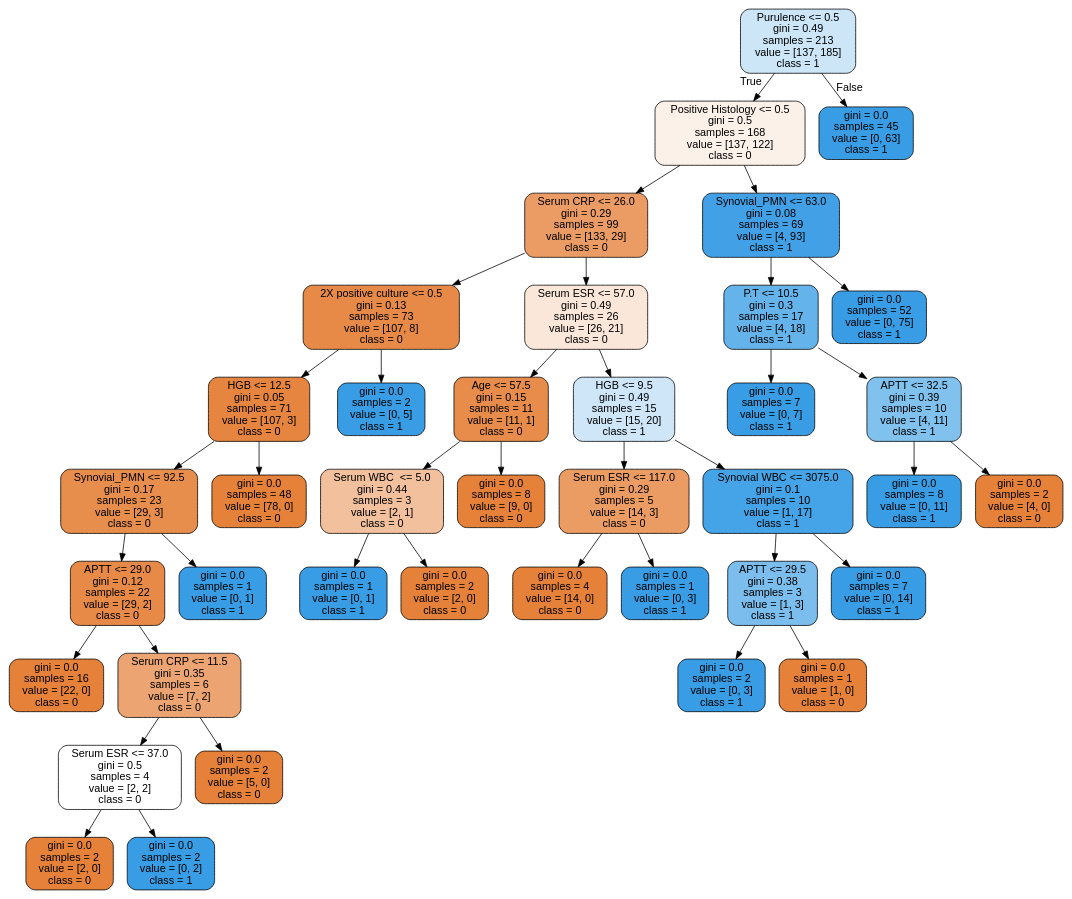
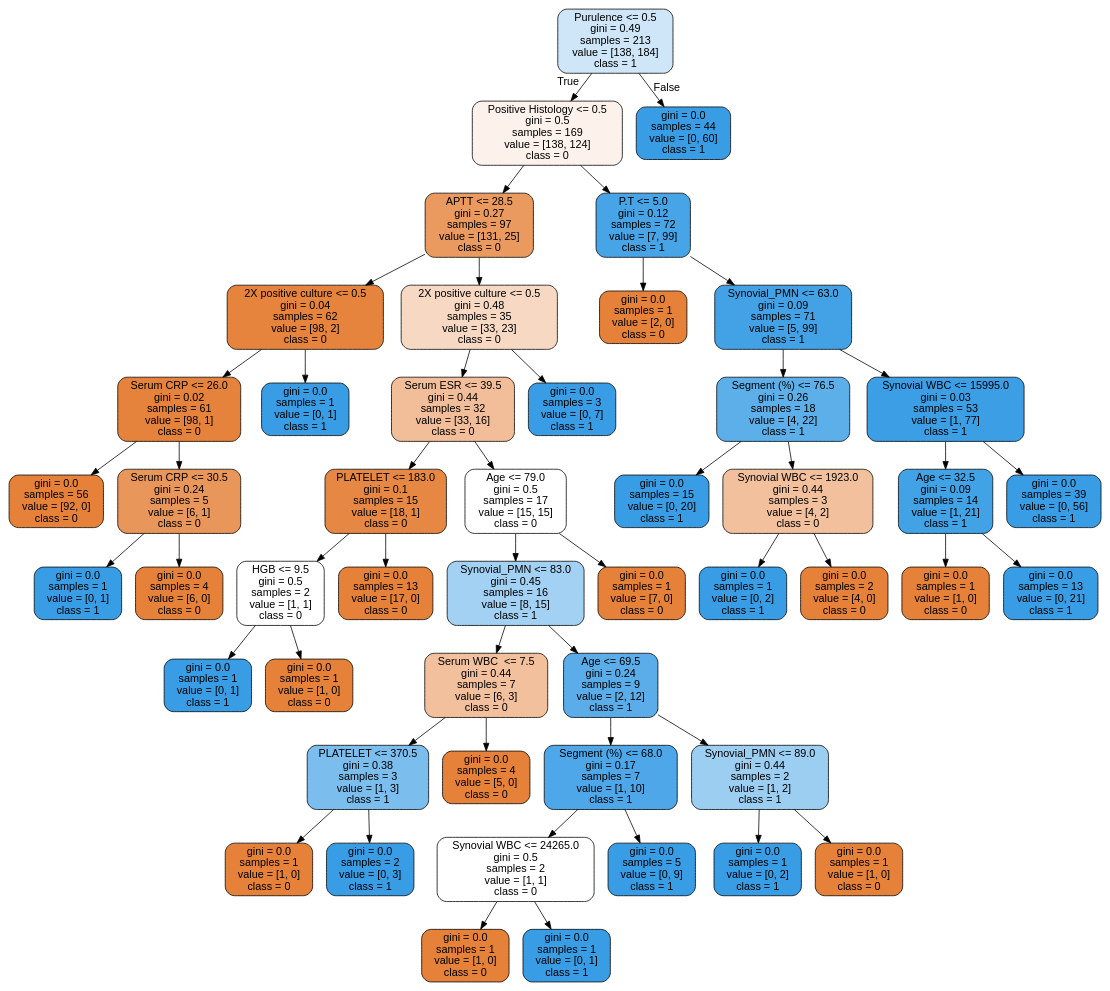
Before and after one commit to JohnHuCC/PJI_flask: the diagram in tree.dot, drawn with Graphviz. The commit also changed 2383 other files, not shown here.

```diff
--- a/tree.dot
+++ b/tree.dot
@@ -1,81 +1,101 @@
 digraph Tree {
 node [shape=box, style="filled, rounded", color="black", fontname="helvetica"] ;
 edge [fontname="helvetica"] ;
-0 [label="Purulence <= 0.5\ngini = 0.49\nsamples = 213\nvalue = [137, 185]\nclass = 1", fillcolor="#cce6f8"] ;
-1 [label="Positive Histology <= 0.5\ngini = 0.5\nsamples = 168\nvalue = [137, 122]\nclass = 0", fillcolor="#fcf1e9"] ;
+0 [label="Purulence <= 0.5\ngini = 0.49\nsamples = 213\nvalue = [138, 184]\nclass = 1", fillcolor="#cee6f8"] ;
+1 [label="Positive Histology <= 0.5\ngini = 0.5\nsamples = 169\nvalue = [138, 124]\nclass = 0", fillcolor="#fcf2eb"] ;
 0 -> 1 [labeldistance=2.5, labelangle=45, headlabel="True"] ;
-2 [label="Serum CRP <= 26.0\ngini = 0.29\nsamples = 99\nvalue = [133, 29]\nclass = 0", fillcolor="#eb9c64"] ;
+2 [label="APTT <= 28.5\ngini = 0.27\nsamples = 97\nvalue = [131, 25]\nclass = 0", fillcolor="#ea995f"] ;
 1 -> 2 ;
-3 [label="2X positive culture <= 0.5\ngini = 0.13\nsamples = 73\nvalue = [107, 8]\nclass = 0", fillcolor="#e78a48"] ;
+3 [label="2X positive culture <= 0.5\ngini = 0.04\nsamples = 62\nvalue = [98, 2]\nclass = 0", fillcolor="#e6843d"] ;
 2 -> 3 ;
-4 [label="HGB <= 12.5\ngini = 0.05\nsamples = 71\nvalue = [107, 3]\nclass = 0", fillcolor="#e6853f"] ;
+4 [label="Serum CRP <= 26.0\ngini = 0.02\nsamples = 61\nvalue = [98, 1]\nclass = 0", fillcolor="#e5823b"] ;
 3 -> 4 ;
-5 [label="Synovial_PMN <= 92.5\ngini = 0.17\nsamples = 23\nvalue = [29, 3]\nclass = 0", fillcolor="#e88e4d"] ;
+5 [label="gini = 0.0\nsamples = 56\nvalue = [92, 0]\nclass = 0", fillcolor="#e58139"] ;
 4 -> 5 ;
-6 [label="APTT <= 29.0\ngini = 0.12\nsamples = 22\nvalue = [29, 2]\nclass = 0", fillcolor="#e78a47"] ;
-5 -> 6 ;
-7 [label="gini = 0.0\nsamples = 16\nvalue = [22, 0]\nclass = 0", fillcolor="#e58139"] ;
+6 [label="Serum CRP <= 30.5\ngini = 0.24\nsamples = 5\nvalue = [6, 1]\nclass = 0", fillcolor="#e9965a"] ;
+4 -> 6 ;
+7 [label="gini = 0.0\nsamples = 1\nvalue = [0, 1]\nclass = 1", fillcolor="#399de5"] ;
 6 -> 7 ;
-8 [label="Serum CRP <= 11.5\ngini = 0.35\nsamples = 6\nvalue = [7, 2]\nclass = 0", fillcolor="#eca572"] ;
+8 [label="gini = 0.0\nsamples = 4\nvalue = [6, 0]\nclass = 0", fillcolor="#e58139"] ;
 6 -> 8 ;
-9 [label="Serum ESR <= 37.0\ngini = 0.5\nsamples = 4\nvalue = [2, 2]\nclass = 0", fillcolor="#ffffff"] ;
-8 -> 9 ;
-10 [label="gini = 0.0\nsamples = 2\nvalue = [2, 0]\nclass = 0", fillcolor="#e58139"] ;
-9 -> 10 ;
-11 [label="gini = 0.0\nsamples = 2\nvalue = [0, 2]\nclass = 1", fillcolor="#399de5"] ;
-9 -> 11 ;
-12 [label="gini = 0.0\nsamples = 2\nvalue = [5, 0]\nclass = 0", fillcolor="#e58139"] ;
-8 -> 12 ;
-13 [label="gini = 0.0\nsamples = 1\nvalue = [0, 1]\nclass = 1", fillcolor="#399de5"] ;
-5 -> 13 ;
-14 [label="gini = 0.0\nsamples = 48\nvalue = [78, 0]\nclass = 0", fillcolor="#e58139"] ;
-4 -> 14 ;
-15 [label="gini = 0.0\nsamples = 2\nvalue = [0, 5]\nclass = 1", fillcolor="#399de5"] ;
-3 -> 15 ;
-16 [label="Serum ESR <= 57.0\ngini = 0.49\nsamples = 26\nvalue = [26, 21]\nclass = 0", fillcolor="#fae7d9"] ;
-2 -> 16 ;
-17 [label="Age <= 57.5\ngini = 0.15\nsamples = 11\nvalue = [11, 1]\nclass = 0", fillcolor="#e78c4b"] ;
-16 -> 17 ;
-18 [label="Serum WBC  <= 5.0\ngini = 0.44\nsamples = 3\nvalue = [2, 1]\nclass = 0", fillcolor="#f2c09c"] ;
+9 [label="gini = 0.0\nsamples = 1\nvalue = [0, 1]\nclass = 1", fillcolor="#399de5"] ;
+3 -> 9 ;
+10 [label="2X positive culture <= 0.5\ngini = 0.48\nsamples = 35\nvalue = [33, 23]\nclass = 0", fillcolor="#f7d9c3"] ;
+2 -> 10 ;
+11 [label="Serum ESR <= 39.5\ngini = 0.44\nsamples = 32\nvalue = [33, 16]\nclass = 0", fillcolor="#f2be99"] ;
+10 -> 11 ;
+12 [label="PLATELET <= 183.0\ngini = 0.1\nsamples = 15\nvalue = [18, 1]\nclass = 0", fillcolor="#e68844"] ;
+11 -> 12 ;
+13 [label="HGB <= 9.5\ngini = 0.5\nsamples = 2\nvalue = [1, 1]\nclass = 0", fillcolor="#ffffff"] ;
+12 -> 13 ;
+14 [label="gini = 0.0\nsamples = 1\nvalue = [0, 1]\nclass = 1", fillcolor="#399de5"] ;
+13 -> 14 ;
+15 [label="gini = 0.0\nsamples = 1\nvalue = [1, 0]\nclass = 0", fillcolor="#e58139"] ;
+13 -> 15 ;
+16 [label="gini = 0.0\nsamples = 13\nvalue = [17, 0]\nclass = 0", fillcolor="#e58139"] ;
+12 -> 16 ;
+17 [label="Age <= 79.0\ngini = 0.5\nsamples = 17\nvalue = [15, 15]\nclass = 0", fillcolor="#ffffff"] ;
+11 -> 17 ;
+18 [label="Synovial_PMN <= 83.0\ngini = 0.45\nsamples = 16\nvalue = [8, 15]\nclass = 1", fillcolor="#a3d1f3"] ;
 17 -> 18 ;
-19 [label="gini = 0.0\nsamples = 1\nvalue = [0, 1]\nclass = 1", fillcolor="#399de5"] ;
+19 [label="Serum WBC  <= 7.5\ngini = 0.44\nsamples = 7\nvalue = [6, 3]\nclass = 0", fillcolor="#f2c09c"] ;
 18 -> 19 ;
-20 [label="gini = 0.0\nsamples = 2\nvalue = [2, 0]\nclass = 0", fillcolor="#e58139"] ;
-18 -> 20 ;
-21 [label="gini = 0.0\nsamples = 8\nvalue = [9, 0]\nclass = 0", fillcolor="#e58139"] ;
-17 -> 21 ;
-22 [label="HGB <= 9.5\ngini = 0.49\nsamples = 15\nvalue = [15, 20]\nclass = 1", fillcolor="#cee6f8"] ;
-16 -> 22 ;
-23 [label="Serum ESR <= 117.0\ngini = 0.29\nsamples = 5\nvalue = [14, 3]\nclass = 0", fillcolor="#eb9c63"] ;
-22 -> 23 ;
-24 [label="gini = 0.0\nsamples = 4\nvalue = [14, 0]\nclass = 0", fillcolor="#e58139"] ;
-23 -> 24 ;
-25 [label="gini = 0.0\nsamples = 1\nvalue = [0, 3]\nclass = 1", fillcolor="#399de5"] ;
-23 -> 25 ;
-26 [label="Synovial WBC <= 3075.0\ngini = 0.1\nsamples = 10\nvalue = [1, 17]\nclass = 1", fillcolor="#45a3e7"] ;
-22 -> 26 ;
-27 [label="APTT <= 29.5\ngini = 0.38\nsamples = 3\nvalue = [1, 3]\nclass = 1", fillcolor="#7bbeee"] ;
+20 [label="PLATELET <= 370.5\ngini = 0.38\nsamples = 3\nvalue = [1, 3]\nclass = 1", fillcolor="#7bbeee"] ;
+19 -> 20 ;
+21 [label="gini = 0.0\nsamples = 1\nvalue = [1, 0]\nclass = 0", fillcolor="#e58139"] ;
+20 -> 21 ;
+22 [label="gini = 0.0\nsamples = 2\nvalue = [0, 3]\nclass = 1", fillcolor="#399de5"] ;
+20 -> 22 ;
+23 [label="gini = 0.0\nsamples = 4\nvalue = [5, 0]\nclass = 0", fillcolor="#e58139"] ;
+19 -> 23 ;
+24 [label="Age <= 69.5\ngini = 0.24\nsamples = 9\nvalue = [2, 12]\nclass = 1", fillcolor="#5aade9"] ;
+18 -> 24 ;
+25 [label="Segment (%) <= 68.0\ngini = 0.17\nsamples = 7\nvalue = [1, 10]\nclass = 1", fillcolor="#4da7e8"] ;
+24 -> 25 ;
+26 [label="Synovial WBC <= 24265.0\ngini = 0.5\nsamples = 2\nvalue = [1, 1]\nclass = 0", fillcolor="#ffffff"] ;
+25 -> 26 ;
+27 [label="gini = 0.0\nsamples = 1\nvalue = [1, 0]\nclass = 0", fillcolor="#e58139"] ;
 26 -> 27 ;
-28 [label="gini = 0.0\nsamples = 2\nvalue = [0, 3]\nclass = 1", fillcolor="#399de5"] ;
-27 -> 28 ;
-29 [label="gini = 0.0\nsamples = 1\nvalue = [1, 0]\nclass = 0", fillcolor="#e58139"] ;
-27 -> 29 ;
-30 [label="gini = 0.0\nsamples = 7\nvalue = [0, 14]\nclass = 1", fillcolor="#399de5"] ;
-26 -> 30 ;
-31 [label="Synovial_PMN <= 63.0\ngini = 0.08\nsamples = 69\nvalue = [4, 93]\nclass = 1", fillcolor="#42a1e6"] ;
-1 -> 31 ;
-32 [label="P.T <= 10.5\ngini = 0.3\nsamples = 17\nvalue = [4, 18]\nclass = 1", fillcolor="#65b3eb"] ;
-31 -> 32 ;
-33 [label="gini = 0.0\nsamples = 7\nvalue = [0, 7]\nclass = 1", fillcolor="#399de5"] ;
-32 -> 33 ;
-34 [label="APTT <= 32.5\ngini = 0.39\nsamples = 10\nvalue = [4, 11]\nclass = 1", fillcolor="#81c1ee"] ;
-32 -> 34 ;
-35 [label="gini = 0.0\nsamples = 8\nvalue = [0, 11]\nclass = 1", fillcolor="#399de5"] ;
-34 -> 35 ;
-36 [label="gini = 0.0\nsamples = 2\nvalue = [4, 0]\nclass = 0", fillcolor="#e58139"] ;
-34 -> 36 ;
-37 [label="gini = 0.0\nsamples = 52\nvalue = [0, 75]\nclass = 1", fillcolor="#399de5"] ;
-31 -> 37 ;
-38 [label="gini = 0.0\nsamples = 45\nvalue = [0, 63]\nclass = 1", fillcolor="#399de5"] ;
-0 -> 38 [labeldistance=2.5, labelangle=-45, headlabel="False"] ;
+28 [label="gini = 0.0\nsamples = 1\nvalue = [0, 1]\nclass = 1", fillcolor="#399de5"] ;
+26 -> 28 ;
+29 [label="gini = 0.0\nsamples = 5\nvalue = [0, 9]\nclass = 1", fillcolor="#399de5"] ;
+25 -> 29 ;
+30 [label="Synovial_PMN <= 89.0\ngini = 0.44\nsamples = 2\nvalue = [1, 2]\nclass = 1", fillcolor="#9ccef2"] ;
+24 -> 30 ;
+31 [label="gini = 0.0\nsamples = 1\nvalue = [0, 2]\nclass = 1", fillcolor="#399de5"] ;
+30 -> 31 ;
+32 [label="gini = 0.0\nsamples = 1\nvalue = [1, 0]\nclass = 0", fillcolor="#e58139"] ;
+30 -> 32 ;
+33 [label="gini = 0.0\nsamples = 1\nvalue = [7, 0]\nclass = 0", fillcolor="#e58139"] ;
+17 -> 33 ;
+34 [label="gini = 0.0\nsamples = 3\nvalue = [0, 7]\nclass = 1", fillcolor="#399de5"] ;
+10 -> 34 ;
+35 [label="P.T <= 5.0\ngini = 0.12\nsamples = 72\nvalue = [7, 99]\nclass = 1", fillcolor="#47a4e7"] ;
+1 -> 35 ;
+36 [label="gini = 0.0\nsamples = 1\nvalue = [2, 0]\nclass = 0", fillcolor="#e58139"] ;
+35 -> 36 ;
+37 [label="Synovial_PMN <= 63.0\ngini = 0.09\nsamples = 71\nvalue = [5, 99]\nclass = 1", fillcolor="#43a2e6"] ;
+35 -> 37 ;
+38 [label="Segment (%) <= 76.5\ngini = 0.26\nsamples = 18\nvalue = [4, 22]\nclass = 1", fillcolor="#5dafea"] ;
+37 -> 38 ;
+39 [label="gini = 0.0\nsamples = 15\nvalue = [0, 20]\nclass = 1", fillcolor="#399de5"] ;
+38 -> 39 ;
+40 [label="Synovial WBC <= 1923.0\ngini = 0.44\nsamples = 3\nvalue = [4, 2]\nclass = 0", fillcolor="#f2c09c"] ;
+38 -> 40 ;
+41 [label="gini = 0.0\nsamples = 1\nvalue = [0, 2]\nclass = 1", fillcolor="#399de5"] ;
+40 -> 41 ;
+42 [label="gini = 0.0\nsamples = 2\nvalue = [4, 0]\nclass = 0", fillcolor="#e58139"] ;
+40 -> 42 ;
+43 [label="Synovial WBC <= 15995.0\ngini = 0.03\nsamples = 53\nvalue = [1, 77]\nclass = 1", fillcolor="#3c9ee5"] ;
+37 -> 43 ;
+44 [label="Age <= 32.5\ngini = 0.09\nsamples = 14\nvalue = [1, 21]\nclass = 1", fillcolor="#42a2e6"] ;
+43 -> 44 ;
+45 [label="gini = 0.0\nsamples = 1\nvalue = [1, 0]\nclass = 0", fillcolor="#e58139"] ;
+44 -> 45 ;
+46 [label="gini = 0.0\nsamples = 13\nvalue = [0, 21]\nclass = 1", fillcolor="#399de5"] ;
+44 -> 46 ;
+47 [label="gini = 0.0\nsamples = 39\nvalue = [0, 56]\nclass = 1", fillcolor="#399de5"] ;
+43 -> 47 ;
+48 [label="gini = 0.0\nsamples = 44\nvalue = [0, 60]\nclass = 1", fillcolor="#399de5"] ;
+0 -> 48 [labeldistance=2.5, labelangle=-45, headlabel="False"] ;
 }
```
